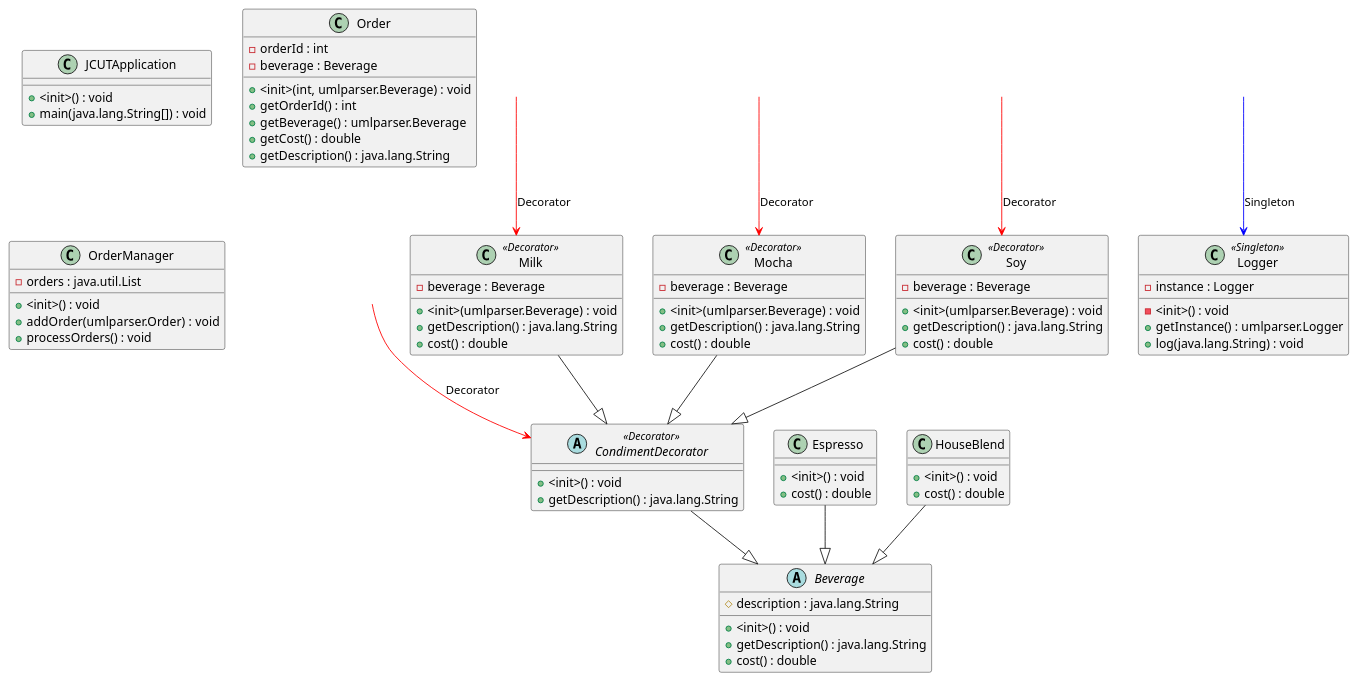
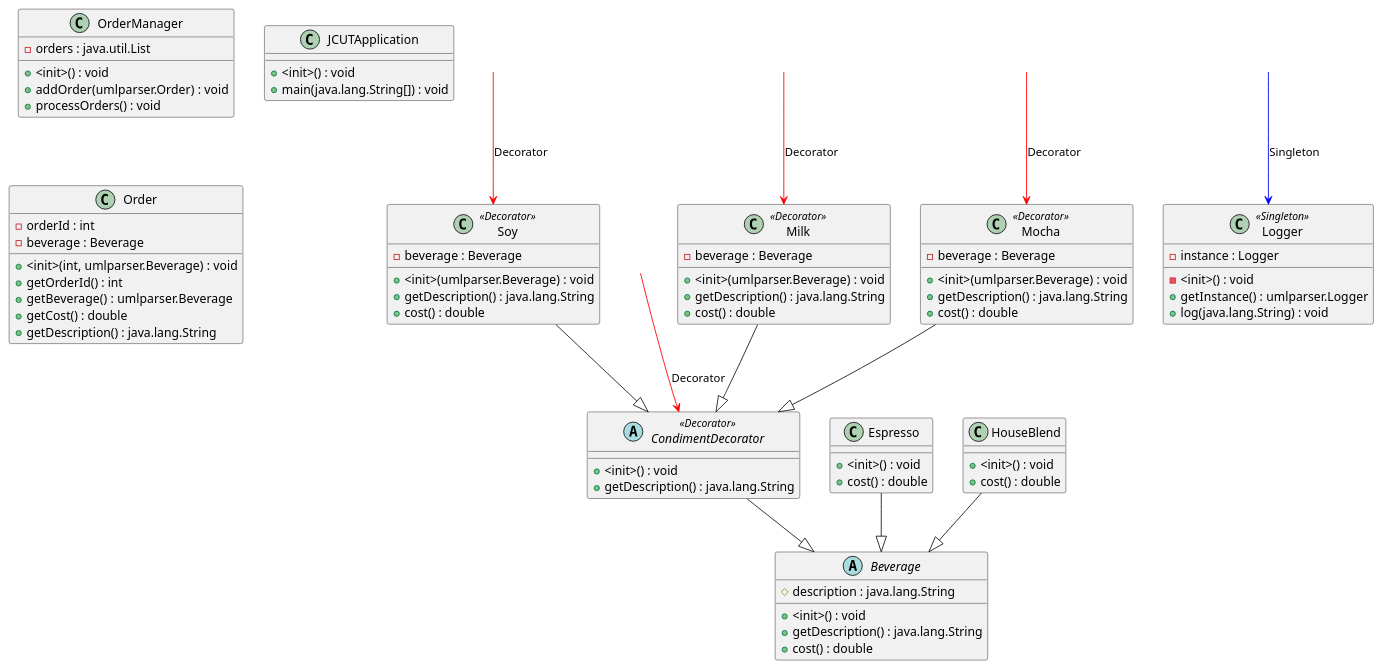
One commit to NateDKing/CSSE374-Grp5 changed the diagram in outputFiles/plantUML.plantuml. Above: the diagram before and after it, drawn with PlantUML. The commit also changed other lines of this file and 2 other files, not shown here.

```diff
--- a/outputFiles/plantUML.plantuml
+++ b/outputFiles/plantUML.plantuml
@@ -1,91 +1,91 @@
 @startuml
 allowmixing
 abstract Beverage {
   # description : java.lang.String
   + <init>() : void
+  + getDescription() : java.lang.String
+  + cost() : double
+}
+
+label " " as SoyLabel
+SoyLabel -[#red]-> Soy : "Decorator"
+class Soy <<Decorator>> {
+  - beverage : Beverage
+  + <init>(umlparser.Beverage) : void
   + getDescription() : java.lang.String
   + cost() : double
 }
 
 label " " as CondimentDecoratorLabel
 CondimentDecoratorLabel -[#red]-> CondimentDecorator : "Decorator"
 abstract CondimentDecorator <<Decorator>> {
   + <init>() : void
   + getDescription() : java.lang.String
 }
 
-class Espresso {
+class OrderManager {
+  - orders : java.util.List
   + <init>() : void
-  + cost() : double
-}
-
-class HouseBlend {
-  + <init>() : void
-  + cost() : double
+  + addOrder(umlparser.Order) : void
+  + processOrders() : void
 }
 
 class JCUTApplication {
   + <init>() : void
   + main(java.lang.String[]) : void
 }
 
 label " " as LoggerLabel
 LoggerLabel -[#blue]-> Logger : "Singleton"
 class Logger <<Singleton>> {
   - instance : Logger
   - <init>() : void
   + getInstance() : umlparser.Logger
   + log(java.lang.String) : void
+}
+
+class Order {
+  - orderId : int
+  - beverage : Beverage
+  + <init>(int, umlparser.Beverage) : void
+  + getOrderId() : int
+  + getBeverage() : umlparser.Beverage
+  + getCost() : double
+  + getDescription() : java.lang.String
 }
 
 label " " as MilkLabel
 MilkLabel -[#red]-> Milk : "Decorator"
 class Milk <<Decorator>> {
   - beverage : Beverage
   + <init>(umlparser.Beverage) : void
   + getDescription() : java.lang.String
   + cost() : double
 }
 
 label " " as MochaLabel
 MochaLabel -[#red]-> Mocha : "Decorator"
 class Mocha <<Decorator>> {
   - beverage : Beverage
   + <init>(umlparser.Beverage) : void
   + getDescription() : java.lang.String
   + cost() : double
 }
 
-class Order {
-  - orderId : int
-  - beverage : Beverage
-  + <init>(int, umlparser.Beverage) : void
-  + getOrderId() : int
-  + getBeverage() : umlparser.Beverage
-  + getCost() : double
-  + getDescription() : java.lang.String
-}
-
-class OrderManager {
-  - orders : java.util.List
+class Espresso {
   + <init>() : void
-  + addOrder(umlparser.Order) : void
-  + processOrders() : void
-}
-
-label " " as SoyLabel
-SoyLabel -[#red]-> Soy : "Decorator"
-class Soy <<Decorator>> {
-  - beverage : Beverage
-  + <init>(umlparser.Beverage) : void
-  + getDescription() : java.lang.String
   + cost() : double
 }
 
+class HouseBlend {
+  + <init>() : void
+  + cost() : double
+}
+
+Soy --|>CondimentDecorator
 CondimentDecorator --|>Beverage
+Milk --|>CondimentDecorator
+Mocha --|>CondimentDecorator
 Espresso --|>Beverage
 HouseBlend --|>Beverage
-Milk --|>CondimentDecorator
-Mocha --|>CondimentDecorator
-Soy --|>CondimentDecorator
 @enduml
```
